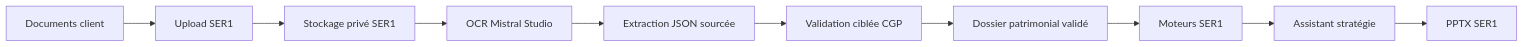
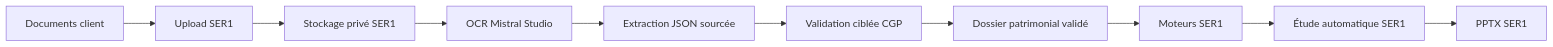
One commit to florentbebin-gif/ser1-site-frontend changed the diagram in docs/PLAN_IA_DOCUMENTAIRE_SER1.md. Above: the diagram before and after it, drawn with Mermaid. The commit also changed other lines of this file and 8 other files, not shown here.

````diff
--- a/docs/PLAN_IA_DOCUMENTAIRE_SER1.md
+++ b/docs/PLAN_IA_DOCUMENTAIRE_SER1.md
@@ -120,12 +122,12 @@
 ```mermaid
 flowchart LR
   A["Documents client"] --> B["Upload SER1"]
   B --> C["Stockage privé SER1"]
   C --> D["OCR Mistral Studio"]
   D --> E["Extraction JSON sourcée"]
   E --> F["Validation ciblée CGP"]
   F --> G["Dossier patrimonial validé"]
   G --> H["Moteurs SER1"]
-  H --> I["Assistant stratégie"]
+  H --> I["Étude automatique SER1"]
   I --> J["PPTX SER1"]
 ```
````
